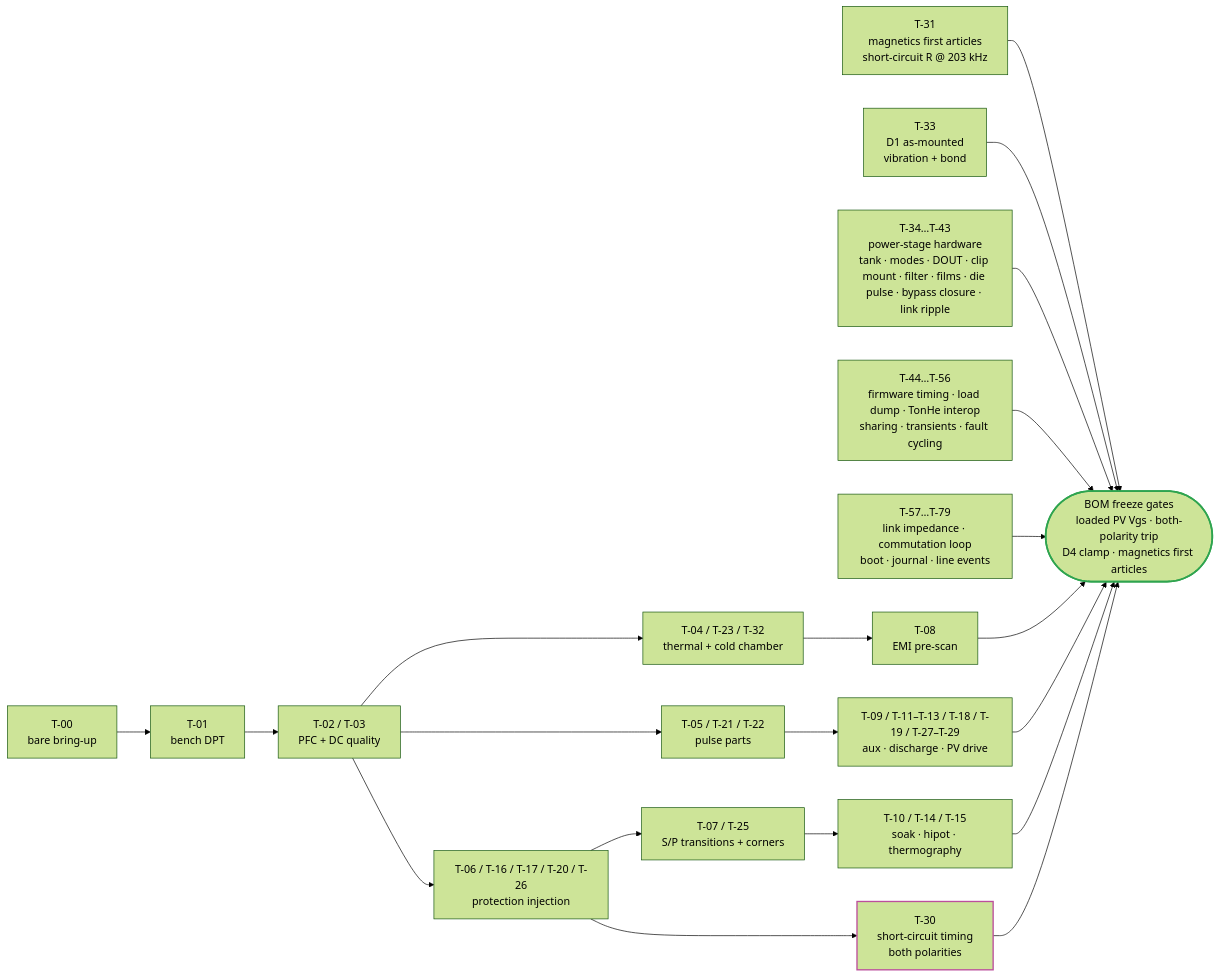
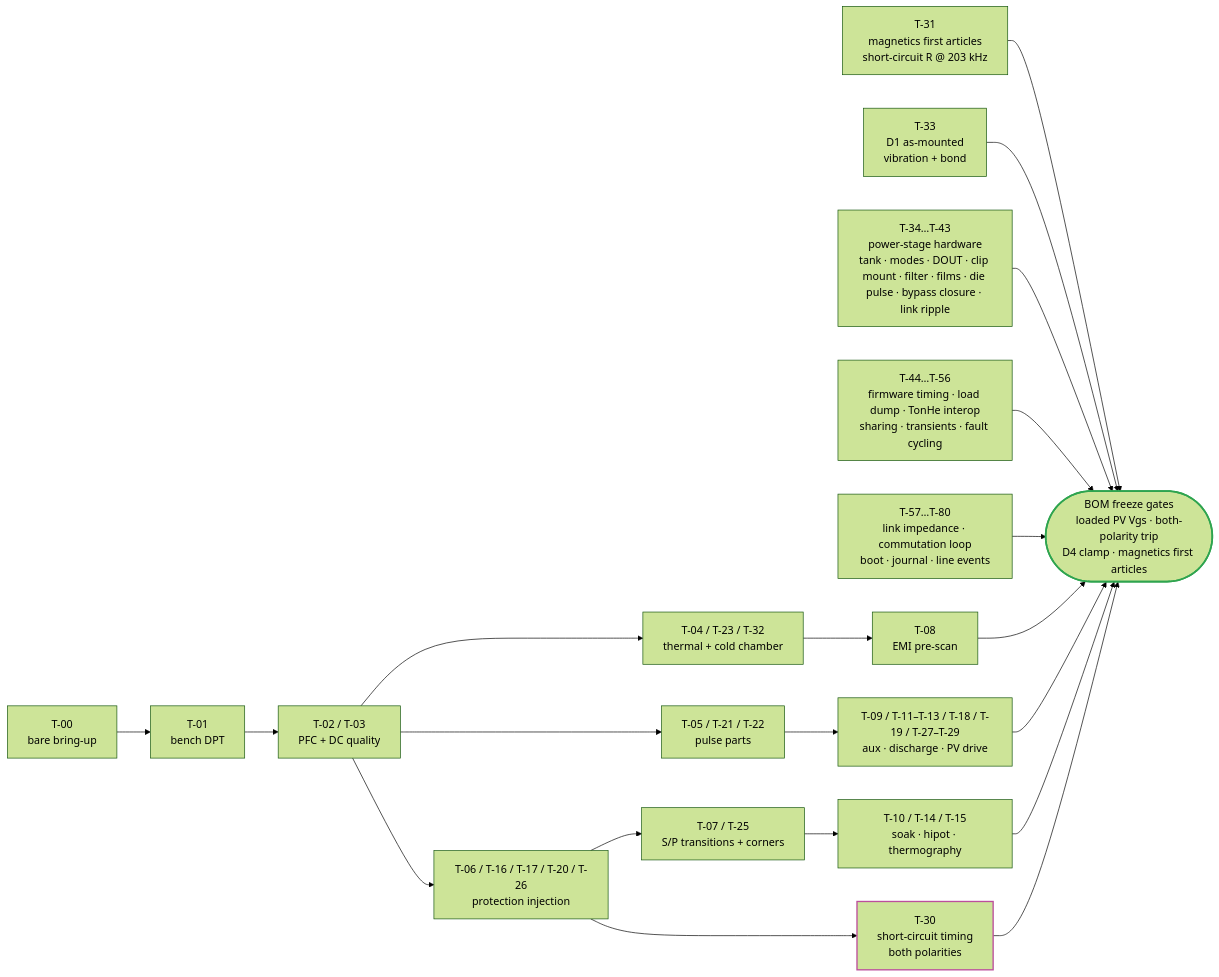
Before and after one commit to vectivolt/DC-Modules: the second of 2 diagrams in docs/evt-plan.md, drawn with Mermaid (forest theme). The commit also changed other lines of this file and 67 other files, not shown here.

````diff
--- a/docs/evt-plan.md
+++ b/docs/evt-plan.md
@@ -64,24 +64,24 @@
 ```mermaid
 flowchart LR
   A["T-00<br/>bare bring-up"] --> B["T-01<br/>bench DPT"]
   B --> C["T-02 / T-03<br/>PFC + DC quality"]
   C --> D["T-04 / T-23 / T-32<br/>thermal + cold chamber"]
   C --> E["T-05 / T-21 / T-22<br/>pulse parts"]
   C --> F["T-06 / T-16 / T-17 / T-20 / T-26<br/>protection injection"]
   F --> SC["T-30<br/>short-circuit timing<br/>both polarities"]
   F --> G["T-07 / T-25<br/>S/P transitions + corners"]
   D --> H["T-08<br/>EMI pre-scan"]
   E --> I["T-09 / T-11–T-13 / T-18 / T-19 / T-27–T-29<br/>aux · discharge · PV drive"]
   G --> J["T-10 / T-14 / T-15<br/>soak · hipot · thermography"]
   M["T-31<br/>magnetics first articles<br/>short-circuit R @ 203 kHz"] --> K
   VB["T-33<br/>D1 as-mounted<br/>vibration + bond"] --> K
   IP["T-34…T-43<br/>power-stage hardware<br/>tank · modes · DOUT · clip mount · filter · films · die pulse · bypass closure · link ripple"] --> K
   FWP["T-44…T-56<br/>firmware timing · load dump · TonHe interop<br/>sharing · transients · fault cycling"] --> K
-  PB["T-57…T-79<br/>link impedance · commutation loop<br/>boot · journal · line events"] --> K
+  PB["T-57…T-80<br/>link impedance · commutation loop<br/>boot · journal · line events"] --> K
   H --> K(["BOM freeze gates<br/>loaded PV Vgs · both-polarity trip<br/>D4 clamp · magnetics first articles"])
   I --> K
   J --> K
   SC --> K
   style K stroke:#2ea44f,stroke-width:2.5px
   style SC stroke:#bc4e9c,stroke-width:2px
 ```
````
